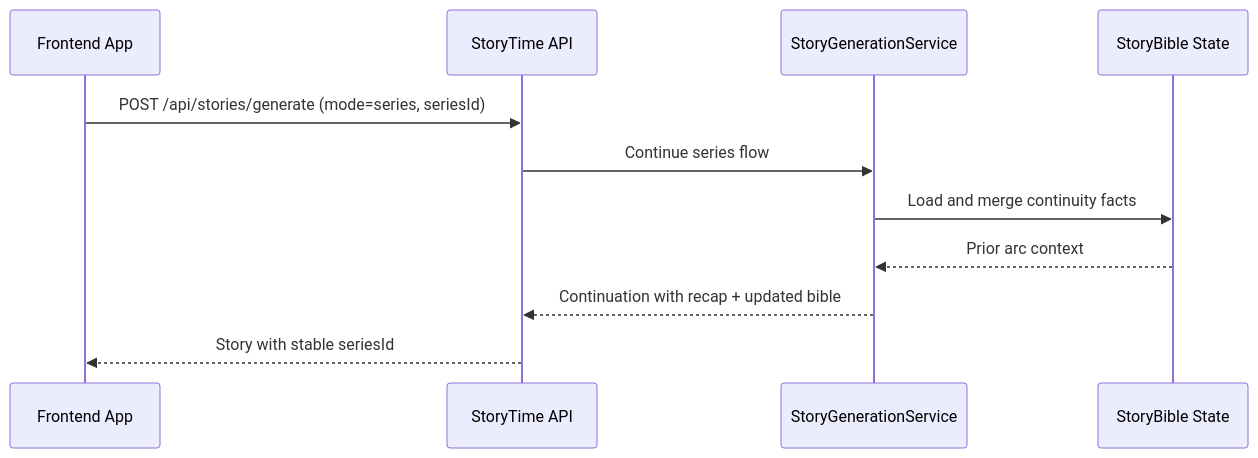
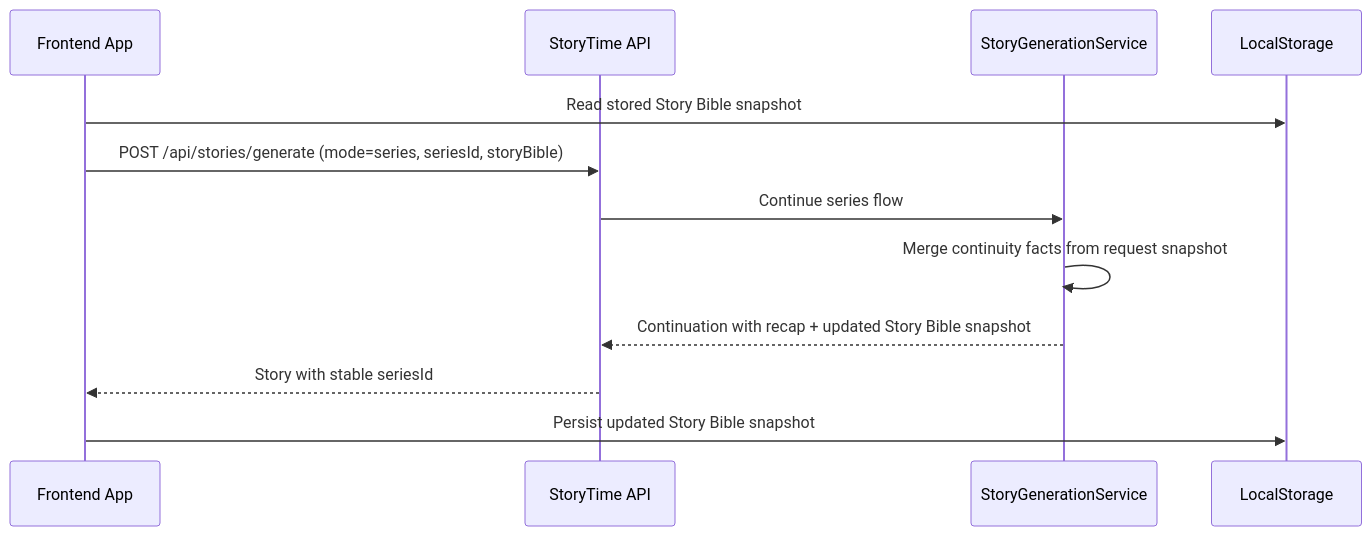
The second of 5 diagrams in docs/sequence.md (frostaura/fa.story-time), drawn with Mermaid before and after one commit. The commit also changed other lines of this file and 93 other files, not shown here.

````diff
--- a/docs/sequence.md
+++ b/docs/sequence.md
@@ -24,14 +24,15 @@
 ```mermaid
 sequenceDiagram
   participant UI as Frontend App
   participant API as StoryTime API
   participant Gen as StoryGenerationService
-  participant Bible as StoryBible State
+  participant LS as LocalStorage
 
-  UI->>API: POST /api/stories/generate (mode=series, seriesId)
+  UI->>LS: Read stored Story Bible snapshot
+  UI->>API: POST /api/stories/generate (mode=series, seriesId, storyBible)
   API->>Gen: Continue series flow
-  Gen->>Bible: Load and merge continuity facts
-  Bible-->>Gen: Prior arc context
-  Gen-->>API: Continuation with recap + updated bible
+  Gen->>Gen: Merge continuity facts from request snapshot
+  Gen-->>API: Continuation with recap + updated Story Bible snapshot
   API-->>UI: Story with stable seriesId
+  UI->>LS: Persist updated Story Bible snapshot
 ```
````
